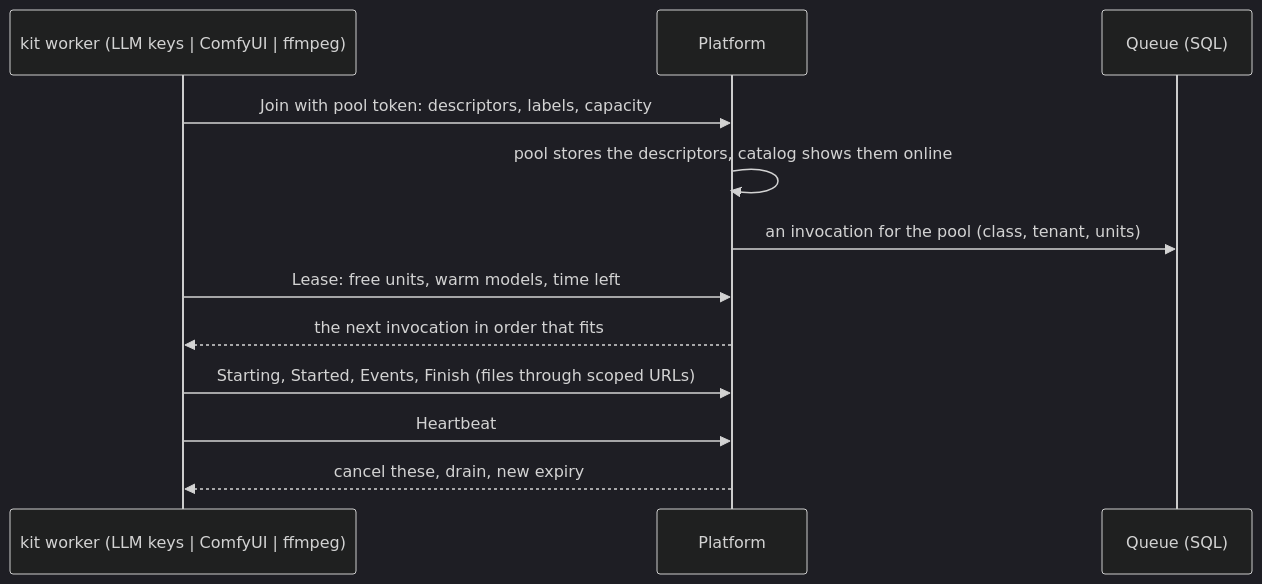
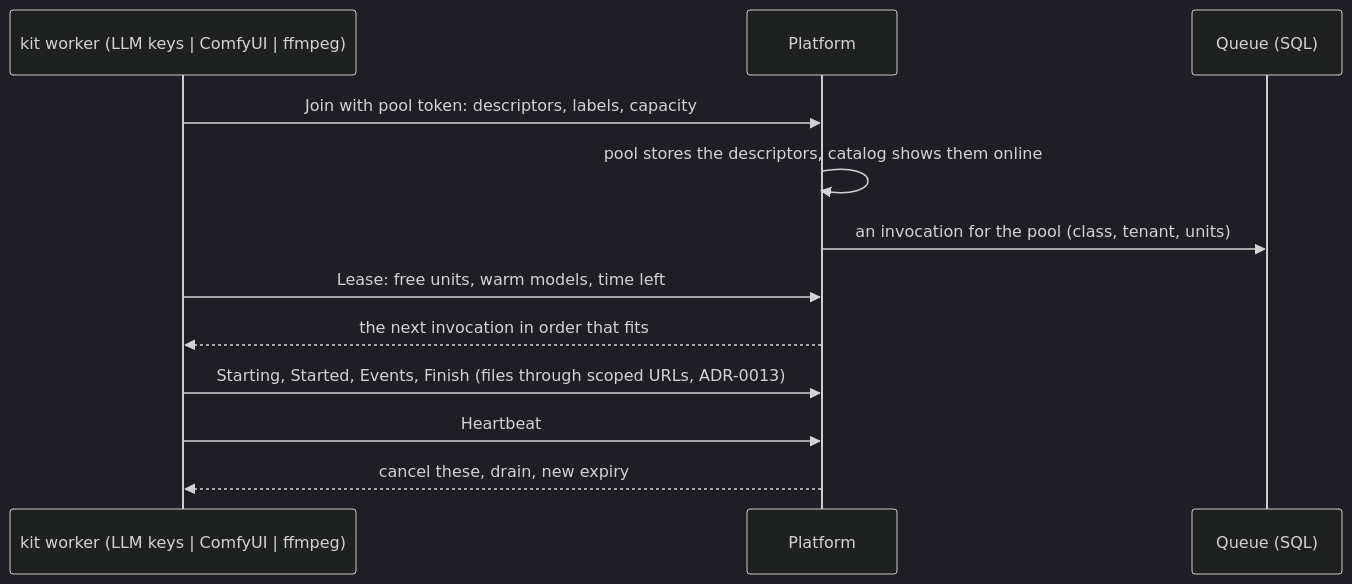
The diagram in docs/architecture/model-layer.md (epzero/basamento), drawn with Mermaid (dark theme) before and after one commit. The commit also changed 6 other files, not shown here.

First line of the commit message:
spec(blob): upload URLs through a staged upload and commit (WP-L1-08)

````diff
--- a/docs/architecture/model-layer.md
+++ b/docs/architecture/model-layer.md
@@ -100,14 +100,14 @@
 ```mermaid
 sequenceDiagram
   participant W as kit worker (LLM keys | ComfyUI | ffmpeg)
   participant P as Platform
   participant Q as Queue (SQL)
   W->>P: Join with pool token: descriptors, labels, capacity
   P->>P: pool stores the descriptors, catalog shows them online
   P->>Q: an invocation for the pool (class, tenant, units)
   W->>P: Lease: free units, warm models, time left
   P-->>W: the next invocation in order that fits
-  W->>P: Starting, Started, Events, Finish (files through scoped URLs)
+  W->>P: Starting, Started, Events, Finish (files through scoped URLs, ADR-0013)
   W->>P: Heartbeat
   P-->>W: cancel these, drain, new expiry
 ```
````
